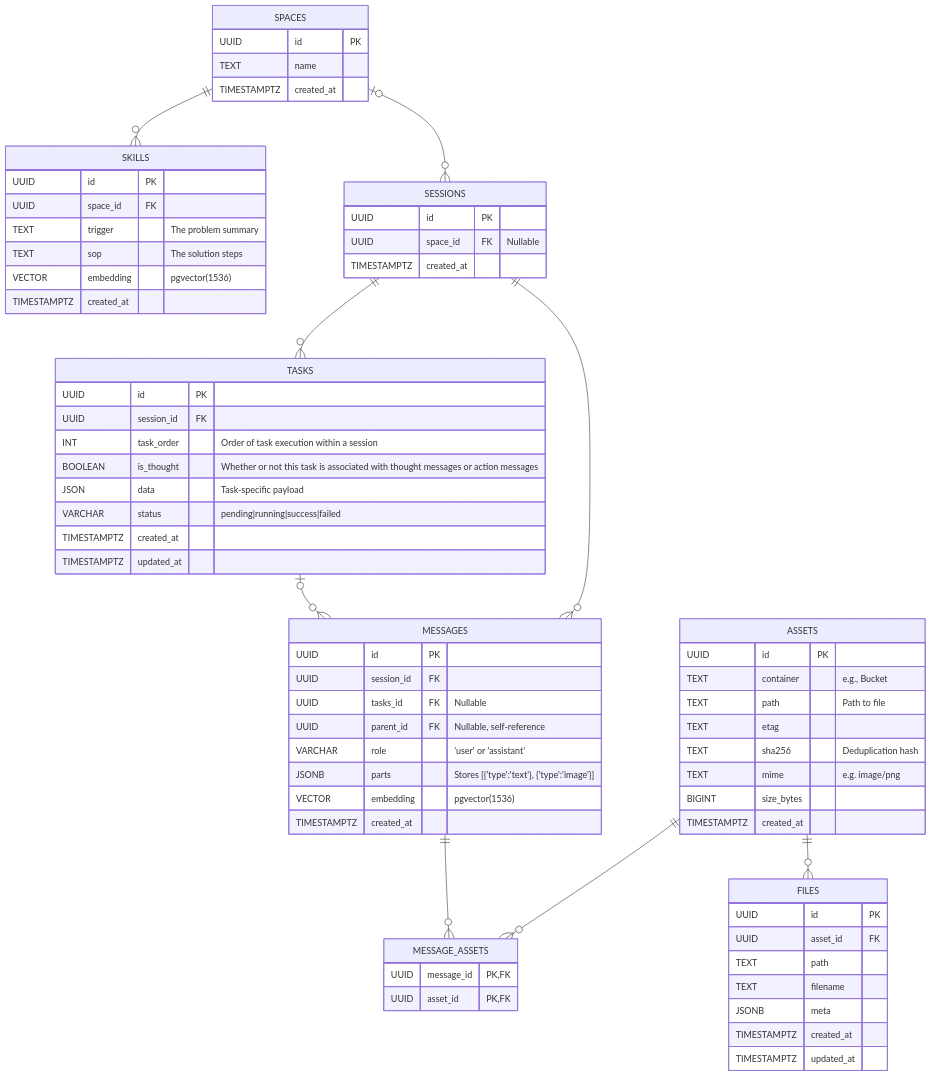
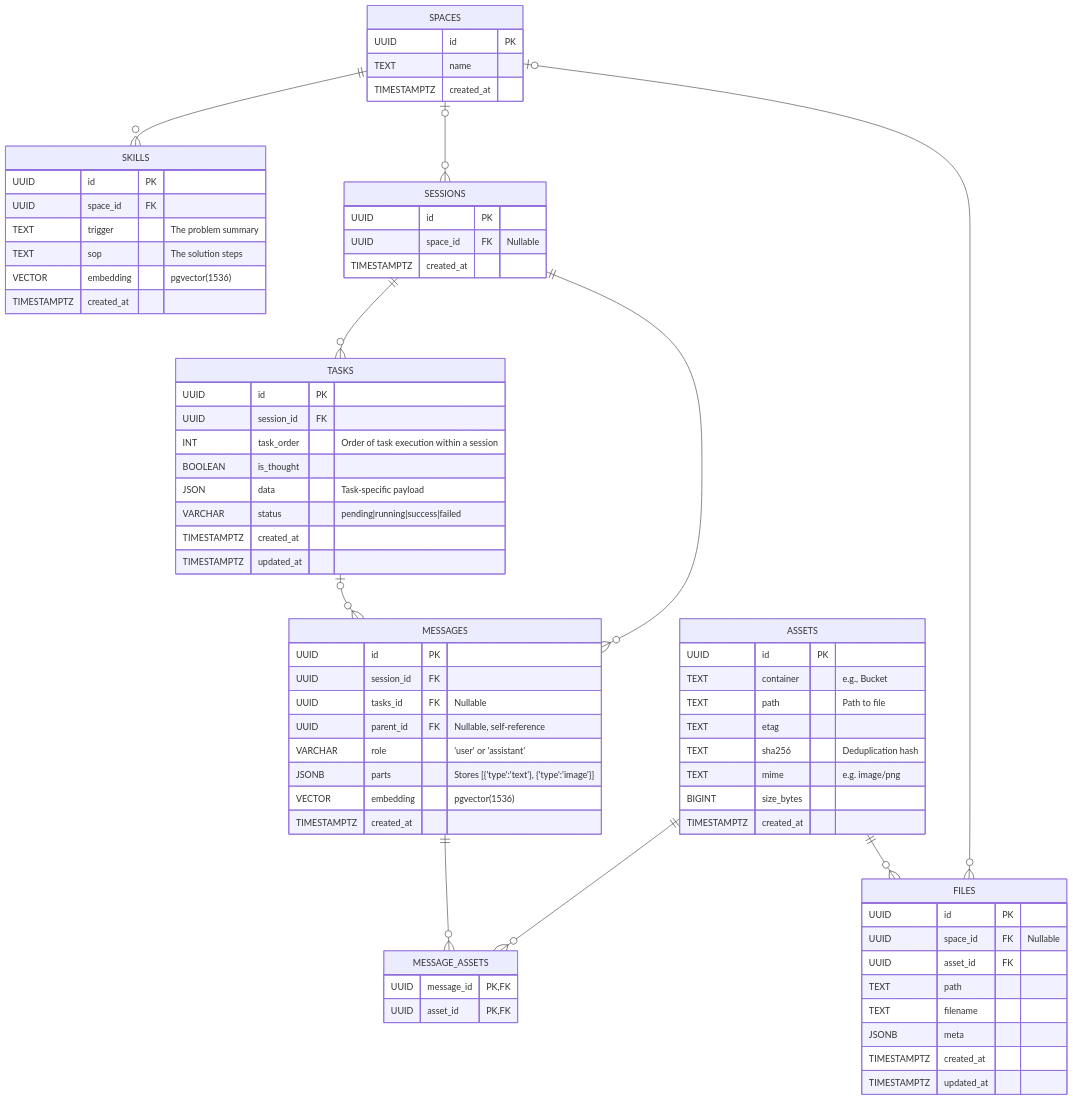
The second of 2 diagrams in README.md (w-h-a/gomento), drawn with Mermaid before and after one commit. The commit also changed 10 other files, not shown here.

```diff
--- a/README.md
+++ b/README.md
@@ -89,7 +89,7 @@
         UUID id PK
         UUID session_id FK
         INT task_order "Order of task execution within a session"
-        BOOLEAN is_thought "Whether or not this task is associated with thought messages or action messages"
+        BOOLEAN is_thought
         JSON data "Task-specific payload"
         VARCHAR status "pending|running|success|failed"
         TIMESTAMPTZ created_at
@@ -125,6 +125,7 @@
 
     FILES {
         UUID id PK
+        UUID space_id FK "Nullable"
         UUID asset_id FK
         TEXT path
         TEXT filename
@@ -135,6 +136,7 @@
     
     SPACES ||--o{ SKILLS : ""
     SPACES |o--o{ SESSIONS : ""
+    SPACES |o--o{ FILES: ""
     
     SESSIONS ||--o{ TASKS : ""
     TASKS |o--o{ MESSAGES : ""
```
